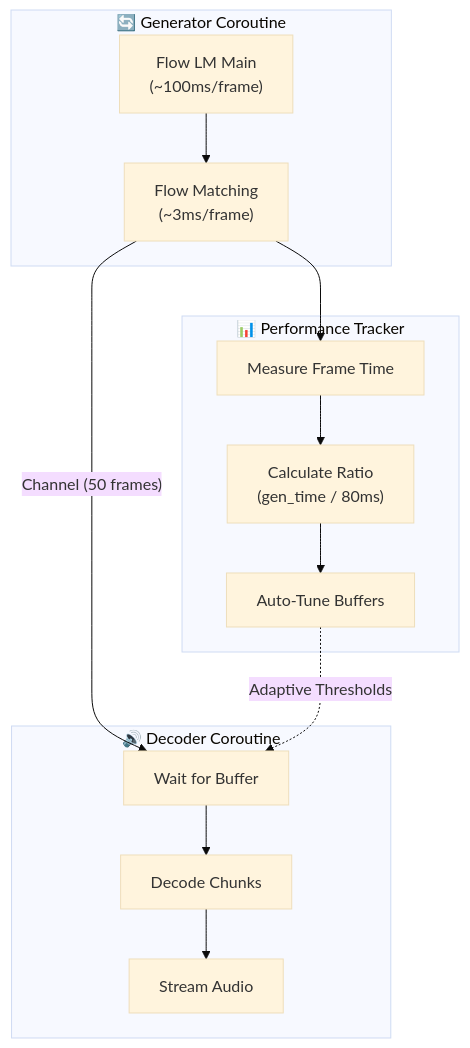
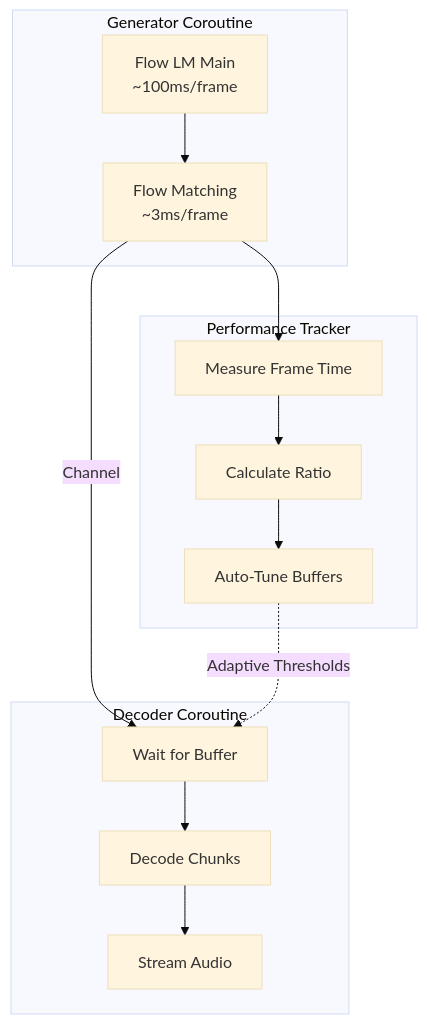
One commit to siva-sub/NekoSpeak changed the first of 2 diagrams in README.md. Above: the diagram before and after it, drawn with Mermaid (base theme).

Commit message:
fix: Simplify mermaid diagram for GitHub rendering

````diff
--- a/README.md
+++ b/README.md
@@ -111,26 +111,26 @@
 ```mermaid
 flowchart TB
-    subgraph Generator["🔄 Generator Coroutine"]
-        G1["Flow LM Main<br/>(~100ms/frame)"]
-        G2["Flow Matching<br/>(~3ms/frame)"]
+    subgraph Generator["Generator Coroutine"]
+        G1["Flow LM Main\n~100ms/frame"]
+        G2["Flow Matching\n~3ms/frame"]
         G1 --> G2
     end
     
-    subgraph Tracker["📊 Performance Tracker"]
+    subgraph Tracker["Performance Tracker"]
         T1["Measure Frame Time"]
-        T2["Calculate Ratio<br/>(gen_time / 80ms)"]
+        T2["Calculate Ratio"]
         T3["Auto-Tune Buffers"]
         T1 --> T2 --> T3
     end
     
-    subgraph Decoder["🔊 Decoder Coroutine"]
+    subgraph Decoder["Decoder Coroutine"]
         D1["Wait for Buffer"]
         D2["Decode Chunks"]
         D3["Stream Audio"]
         D1 --> D2 --> D3
     end
     
-    G2 -->|"Channel (50 frames)"| D1
+    G2 -->|"Channel"| D1
     G2 --> T1
     T3 -.->|"Adaptive Thresholds"| D1
 ```
````
